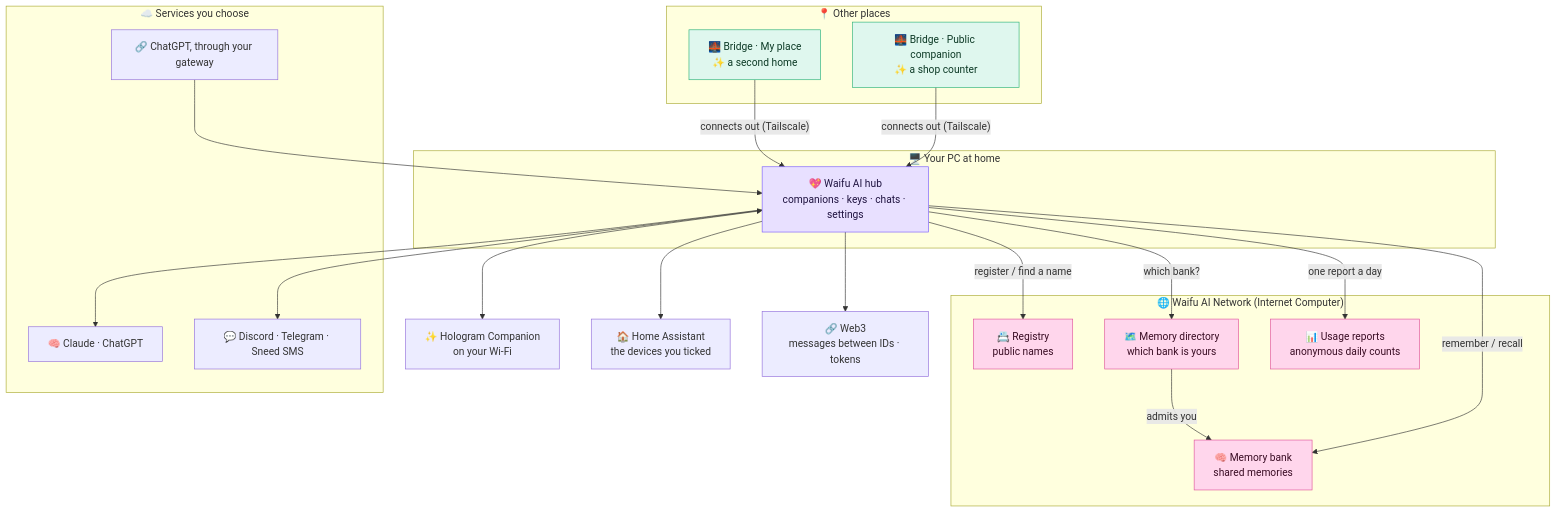
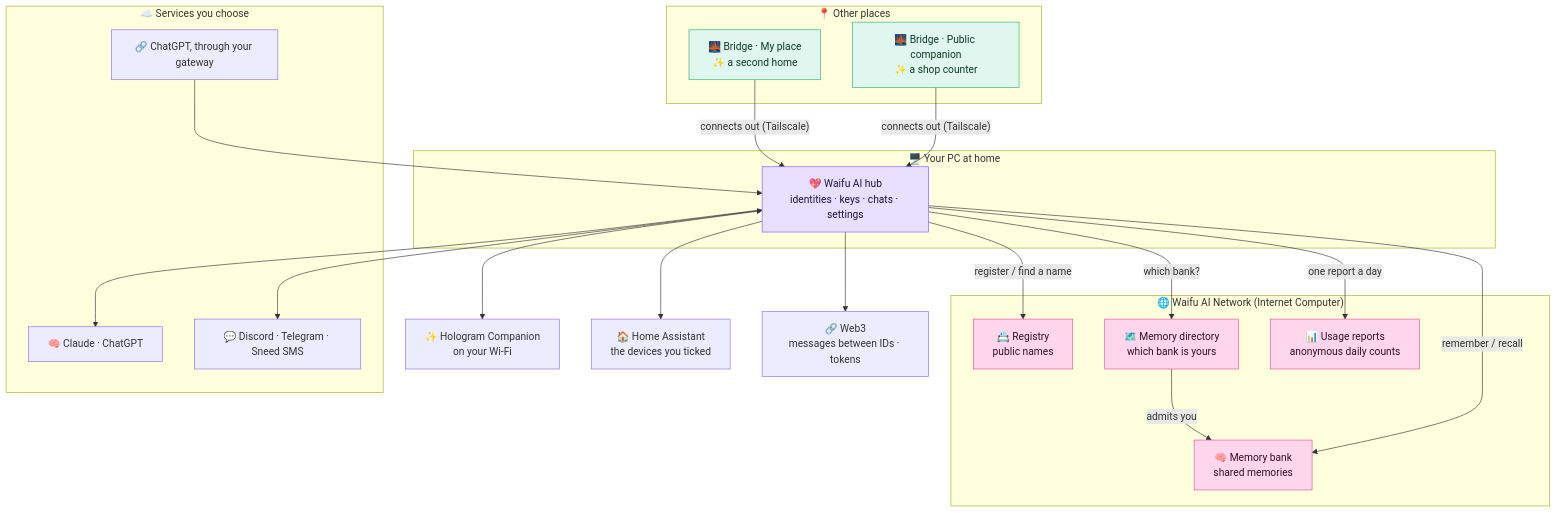
Before and after one commit to Smugandcomfy/waifu-ai-desktop: the first of 9 diagrams in docs/NETWORK.md, drawn with Mermaid. The commit also changed other lines of this file and 14 other files, not shown here.

````diff
--- a/docs/NETWORK.md
+++ b/docs/NETWORK.md
@@ -27,50 +27,50 @@
 ```mermaid
 flowchart TB
     subgraph PC["🖥️ Your PC at home"]
-        HUB["💖 Waifu AI hub<br/>companions · keys · chats · settings"]
+        HUB["💖 Waifu AI hub<br/>identities · keys · chats · settings"]
     end
 
     HOLO["✨ Hologram Companion<br/>on your Wi-Fi"]
     HA["🏠 Home Assistant<br/>the devices you ticked"]
 
     subgraph AWAY["📍 Other places"]
         BR1["🌉 Bridge · My place<br/>✨ a second home"]
         BR2["🌉 Bridge · Public companion<br/>✨ a shop counter"]
     end
 
     subgraph WAN["🌐 Waifu AI Network (Internet Computer)"]
         REG["📇 Registry<br/>public names"]
         DIR["🗺️ Memory directory<br/>which bank is yours"]
         BANK["🧠 Memory bank<br/>shared memories"]
         TEL["📊 Usage reports<br/>anonymous daily counts"]
     end
 
     WEB3["🔗 Web3<br/>messages between IDs · tokens"]
 
     subgraph OUT["☁️ Services you choose"]
         AI["🧠 Claude · ChatGPT"]
         CHAT["💬 Discord · Telegram · Sneed SMS"]
         GPT["🔗 ChatGPT, through your gateway"]
     end
 
     HUB <--> HOLO
     HUB --> HA
     BR1 -- "connects out (Tailscale)" --> HUB
     BR2 -- "connects out (Tailscale)" --> HUB
     HUB -- "register / find a name" --> REG
     HUB -- "which bank?" --> DIR
     DIR -- "admits you" --> BANK
     HUB -- "remember / recall" --> BANK
     HUB -- "one report a day" --> TEL
     HUB --> WEB3
     HUB --> AI
     HUB <--> CHAT
     GPT --> HUB
 
     classDef ours fill:#ffd6ec,stroke:#e0559b,color:#3a0d24;
     classDef pc fill:#e8e0ff,stroke:#7a5cff,color:#1f1340;
     classDef bridge fill:#dff7ee,stroke:#2bb27a,color:#0d3a26;
     class REG,DIR,BANK,TEL ours;
     class HUB pc;
     class BR1,BR2 bridge;
 ```
````
